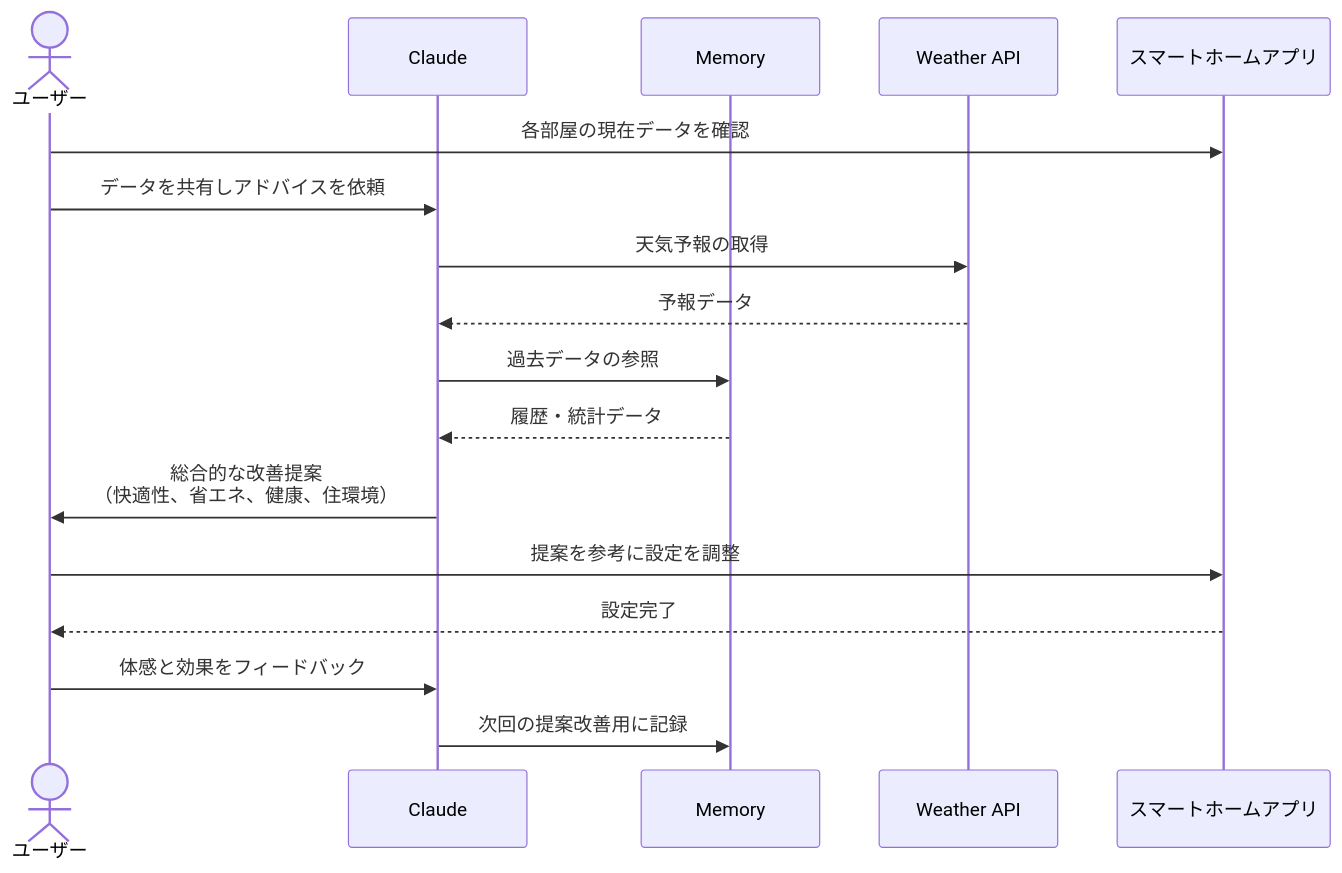
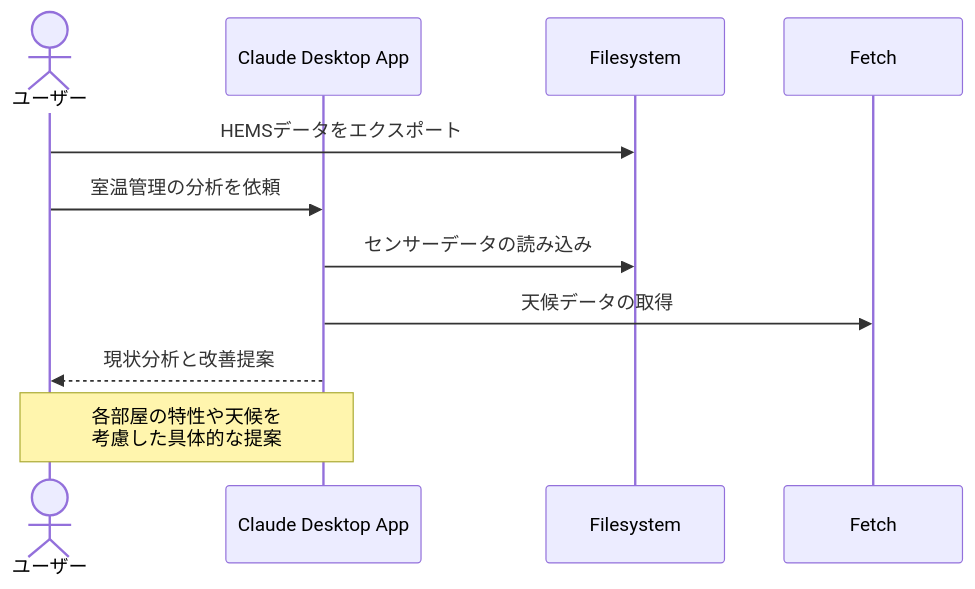
The diagram in docs/04_生活/室温管理で快適と健康を実現する.md (po-shu/mcp-100-ideas), drawn with Mermaid before and after one commit. The commit also changed other lines of this file and 7 other files, not shown here.

````diff
--- a/docs/04_生活/室温管理で快適と健康を実現する.md
+++ b/docs/04_生活/室温管理で快適と健康を実現する.md
@@ -17,20 +17,14 @@
 ```mermaid
 sequenceDiagram
     actor User as ユーザー
-    participant MCP as Claude
-    participant Mem as Memory
-    participant Weather as Weather API
-    participant Smart as スマートホームアプリ
+    participant CAP as Claude Desktop App
+    participant FS as Filesystem
+    participant Fetch as Fetch
 
-    User->>Smart: 各部屋の現在データを確認
-    User->>MCP: データを共有しアドバイスを依頼
-    MCP->>Weather: 天気予報の取得
-    Weather-->>MCP: 予報データ
-    MCP->>Mem: 過去データの参照
-    Mem-->>MCP: 履歴・統計データ
-    MCP->>User: 総合的な改善提案<br>（快適性、省エネ、健康、住環境）
-    User->>Smart: 提案を参考に設定を調整
-    Smart-->>User: 設定完了
-    User->>MCP: 体感と効果をフィードバック
-    MCP->>Mem: 次回の提案改善用に記録
+    User->>FS: HEMSデータをエクスポート
+    User->>CAP: 室温管理の分析を依頼
+    CAP->>FS: センサーデータの読み込み
+    CAP->>Fetch: 天候データの取得
+    CAP-->>User: 現状分析と改善提案
+    Note over CAP,User: 各部屋の特性や天候を<br>考慮した具体的な提案
 ```
````
